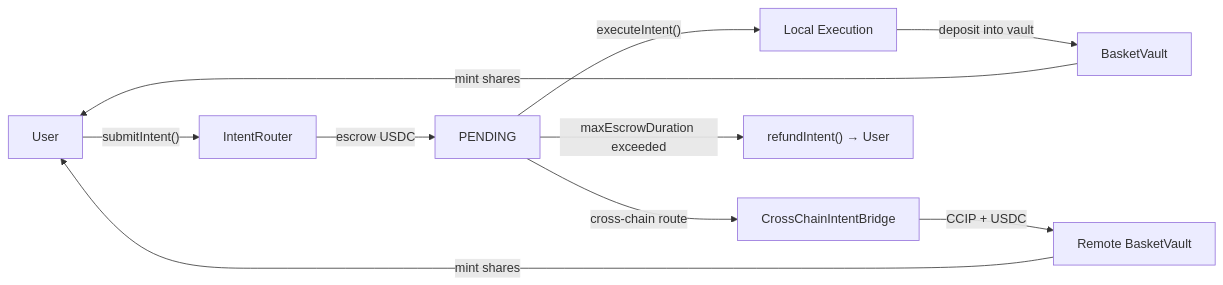
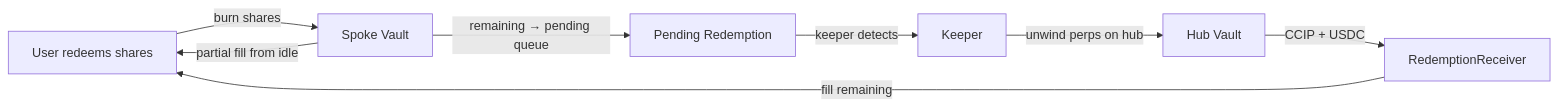
One commit to reubenr0d/indexflow-prototype changed the third of 3 diagrams in content/blog/cross-chain-liquidity-routing.md. Above: the diagram before and after it, drawn with Mermaid. The commit also changed other lines of this file and 102 other files, not shown here.

Commit message:
fix(contracts): hub-spoke perps

````diff
--- a/content/blog/cross-chain-liquidity-routing.md
+++ b/content/blog/cross-chain-liquidity-routing.md
@@ -95,12 +78,10 @@
 ```mermaid
 flowchart LR
-  User["User"] -->|"submitIntent()"| Router["IntentRouter"]
-  Router -->|"escrow USDC"| Pending["PENDING"]
-  Pending -->|"executeIntent()"| LocalPath["Local Execution"]
-  Pending -->|"cross-chain route"| Bridge["CrossChainIntentBridge"]
-  Pending -->|"maxEscrowDuration exceeded"| Refund["refundIntent() → User"]
-  LocalPath -->|"deposit into vault"| BasketA["BasketVault"]
-  BasketA -->|"mint shares"| User
-  Bridge -->|"CCIP + USDC"| RemoteVault["Remote BasketVault"]
-  RemoteVault -->|"mint shares"| User
+  User["User redeems shares"] -->|"burn shares"| Spoke["Spoke Vault"]
+  Spoke -->|"partial fill from idle"| User
+  Spoke -->|"remaining → pending queue"| Pending["Pending Redemption"]
+  Pending -->|"keeper detects"| Keeper["Keeper"]
+  Keeper -->|"unwind perps on hub"| Hub["Hub Vault"]
+  Hub -->|"CCIP + USDC"| Receiver["RedemptionReceiver"]
+  Receiver -->|"fill remaining"| User
 ```
````
